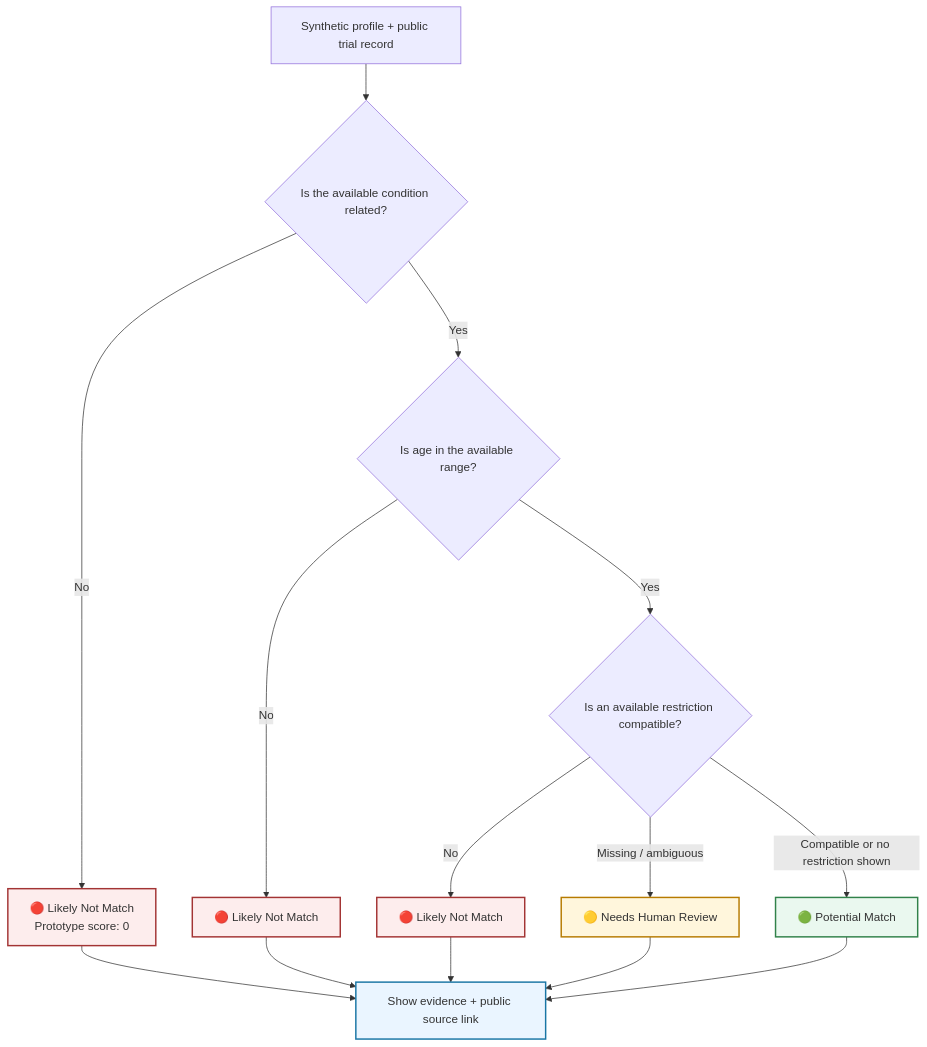
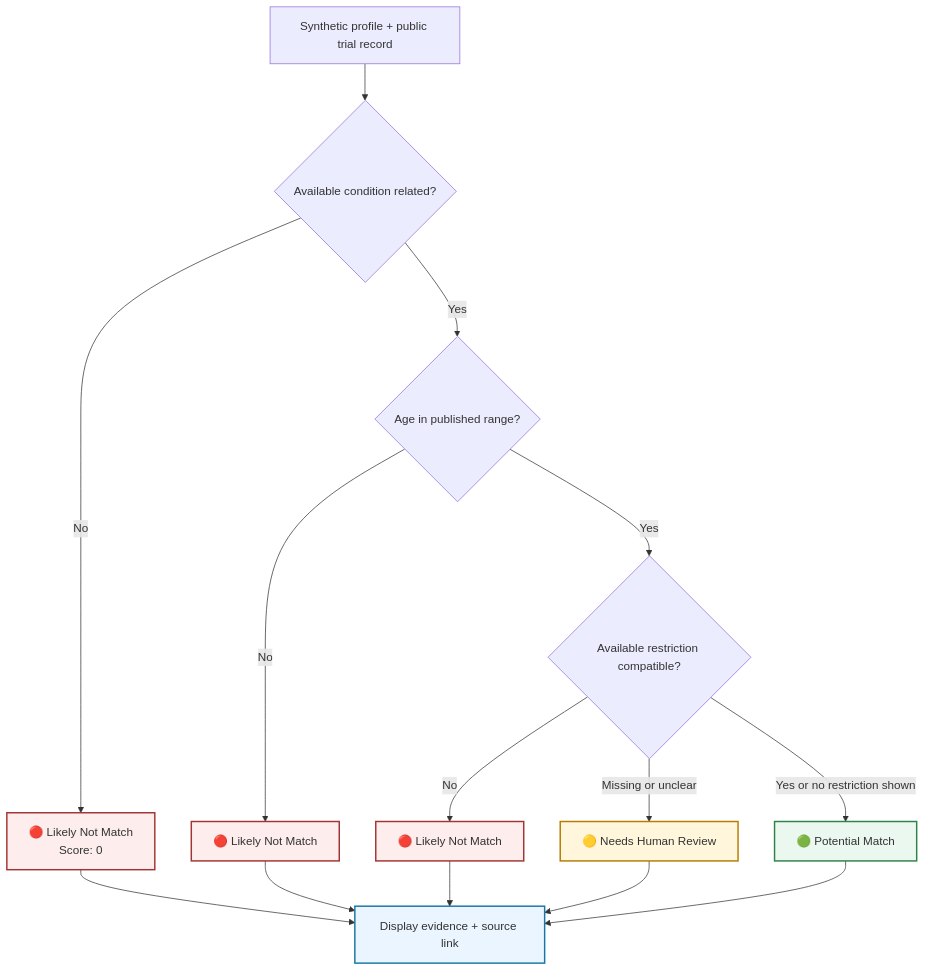
Before and after one commit to vivek0717/agentic-clinical-trial-matching: the second of 3 diagrams in README.md, drawn with Mermaid. The commit also changed other lines of this file, not shown here.

````diff
--- a/README.md
+++ b/README.md
@@ -171,27 +155,27 @@
 ```mermaid
 flowchart TD
-    A["Synthetic profile + public trial record"] --> B{"Is the available condition related?"}
+    A["Synthetic profile + public trial record"] --> B{"Available condition related?"}
 
-    B -->|"No"| C["🔴 Likely Not Match<br/>Prototype score: 0"]
-    B -->|"Yes"| D{"Is age in the available range?"}
+    B -->|"No"| C["🔴 Likely Not Match<br/>Score: 0"]
+    B -->|"Yes"| D{"Age in published range?"}
 
     D -->|"No"| E["🔴 Likely Not Match"]
-    D -->|"Yes"| F{"Is an available restriction compatible?"}
+    D -->|"Yes"| F{"Available restriction compatible?"}
 
     F -->|"No"| G["🔴 Likely Not Match"]
-    F -->|"Missing / ambiguous"| H["🟡 Needs Human Review"]
-    F -->|"Compatible or no restriction shown"| I["🟢 Potential Match"]
+    F -->|"Missing or unclear"| H["🟡 Needs Human Review"]
+    F -->|"Yes or no restriction shown"| I["🟢 Potential Match"]
 
-    C --> J["Show evidence + public source link"]
+    C --> J["Display evidence + source link"]
     E --> J
     G --> J
     H --> J
     I --> J
 
     style C fill:#FDEDED,stroke:#A33434,stroke-width:2px
     style E fill:#FDEDED,stroke:#A33434,stroke-width:2px
     style G fill:#FDEDED,stroke:#A33434,stroke-width:2px
     style H fill:#FFF6DC,stroke:#B77B00,stroke-width:2px
     style I fill:#EAF8EF,stroke:#31824A,stroke-width:2px
     style J fill:#EAF5FF,stroke:#1976A5,stroke-width:2px
 ```
````
